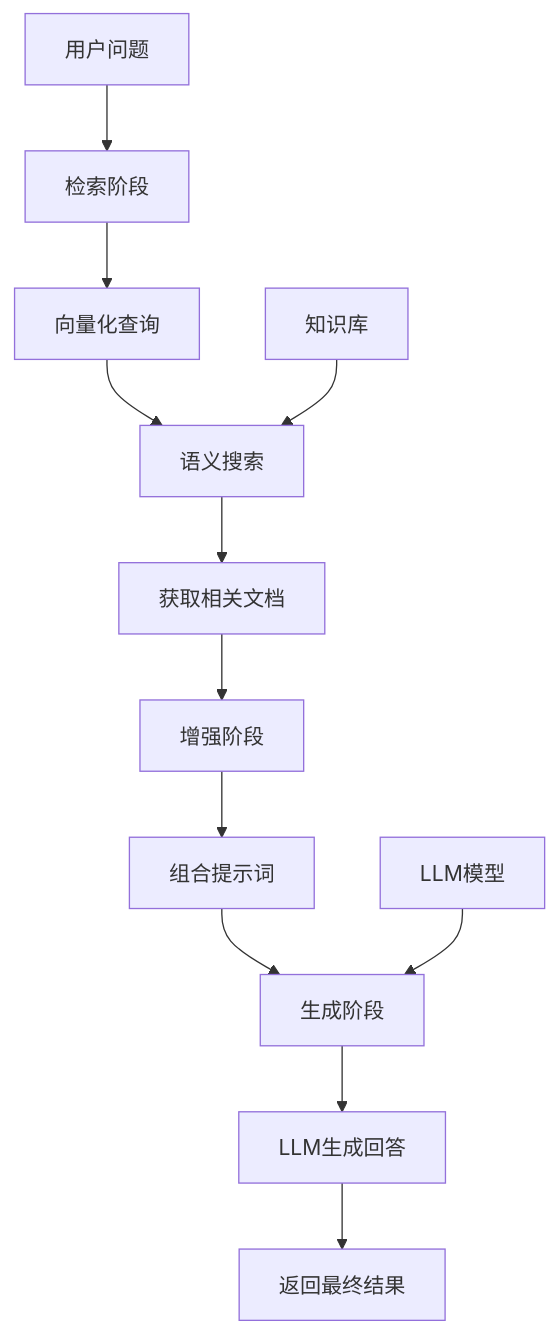
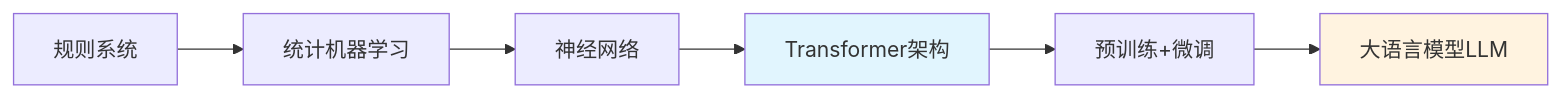
The diagram in 15AI/langChain学习/2LLM.md (Fridolph/Fridolph), drawn with Mermaid before and after one commit. The commit also changed other lines of this file and 2 other files, not shown here.

````diff
--- a/15AI/langChain学习/2LLM.md
+++ b/15AI/langChain学习/2LLM.md
@@ -21,15 +34,11 @@
 ```mermaid
-graph TD
-    A[用户问题] --> B[检索阶段]
-    B --> C[向量化查询]
-    C --> D[语义搜索]
-    D --> E[获取相关文档]
-    E --> F[增强阶段]
-    F --> G[组合提示词]
-    G --> H[生成阶段]
-    H --> I[LLM生成回答]
-    I --> J[返回最终结果]
+graph LR
+    A[规则系统] --> B[统计机器学习]
+    B --> C[神经网络]
+    C --> D[Transformer架构]
+    D --> E[预训练+微调]
+    E --> F[大语言模型LLM]
 
-    K[知识库] --> D
-    L[LLM模型] --> H
+    style D fill:#e1f5fe
+    style F fill:#fff3e0
 ```
````
